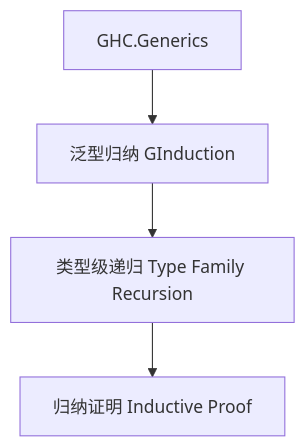
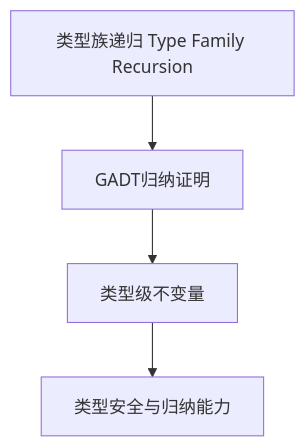
One commit to AdaMartin18010/haskell changed the diagram in docs/analysis/Type/01-Type-Level-Generic-Induction.md. Above: the diagram before and after it, drawn with Mermaid. The commit also changed other lines of this file and 11 other files, not shown here.

````diff
--- a/docs/analysis/Type/01-Type-Level-Generic-Induction.md
+++ b/docs/analysis/Type/01-Type-Level-Generic-Induction.md
@@ -66,6 +71,6 @@
 ```mermaid
 graph TD
-  A[GHC.Generics] --> B[泛型归纳 GInduction]
-  B --> C[类型级递归 Type Family Recursion]
-  C --> D[归纳证明 Inductive Proof]
+  A[类型族递归 Type Family Recursion] --> B[GADT归纳证明]
+  B --> C[类型级不变量]
+  C --> D[类型安全与归纳能力]
 ```
````
